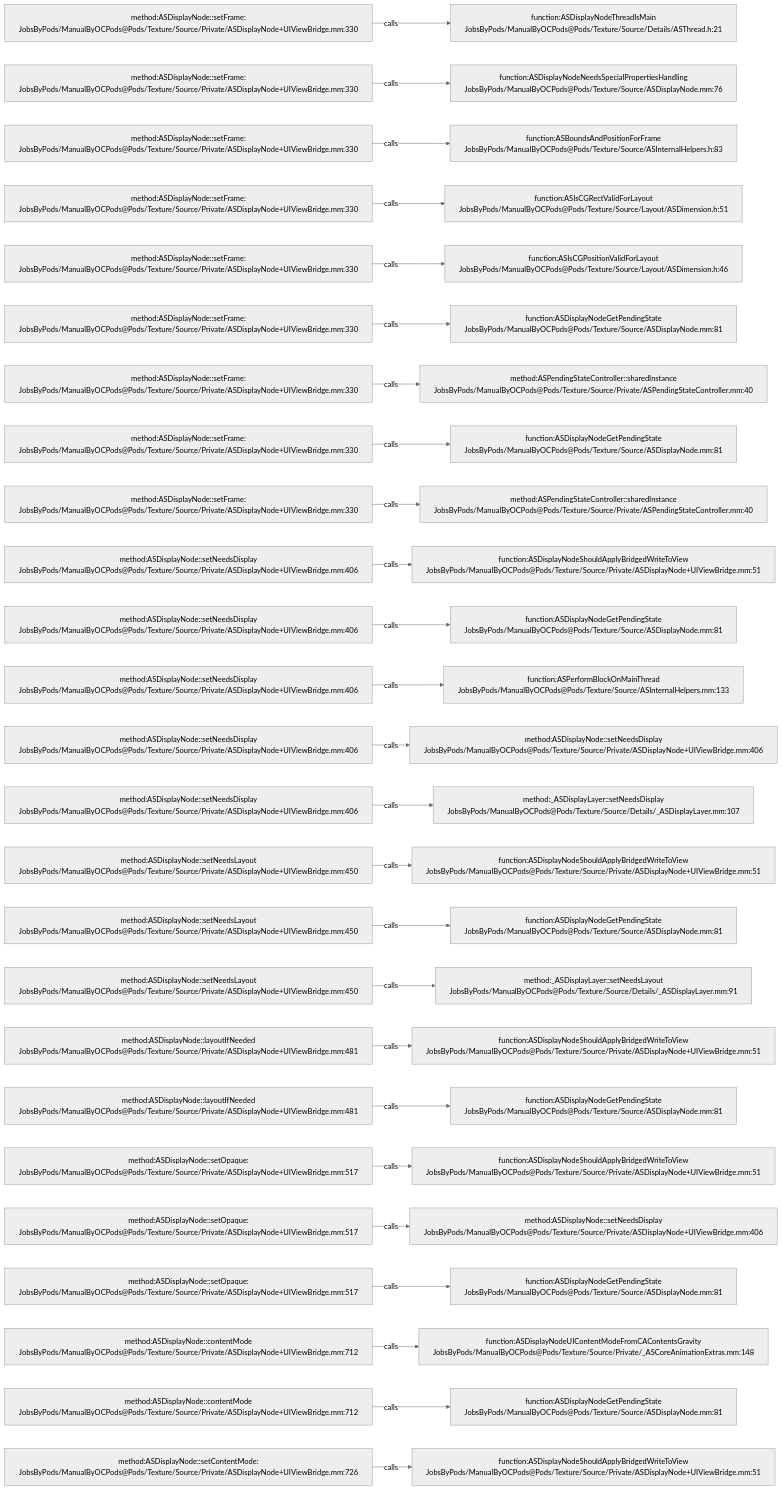
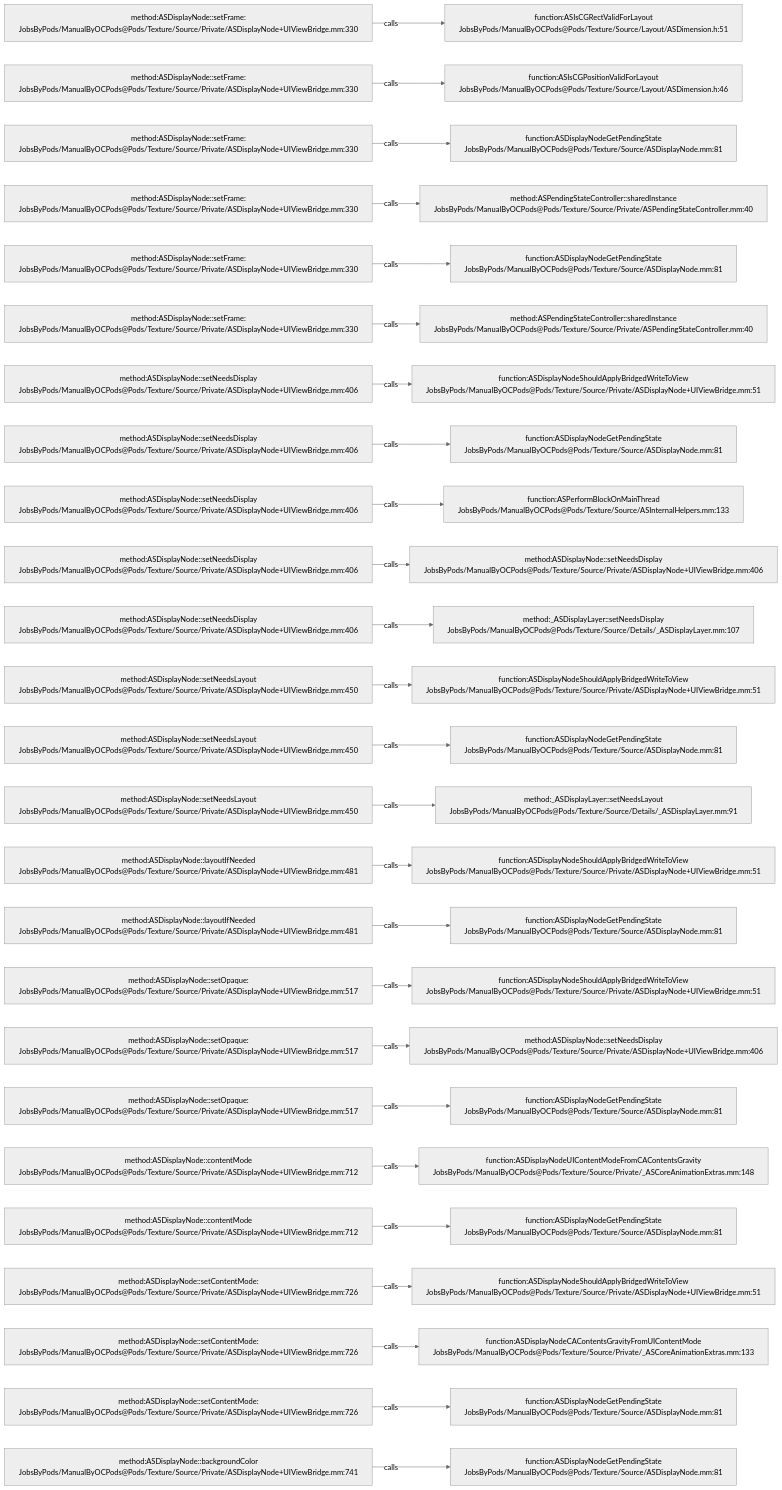
One commit to JobsKits/JobsOCBaseConfigDemo changed the diagram in .codegraph/codegraph.md/graphs/calls-190.md. Above: the diagram before and after it, drawn with Mermaid (neutral theme). The commit also changed 342 other files, not shown here.

````diff
--- a/.codegraph/codegraph.md/graphs/calls-190.md
+++ b/.codegraph/codegraph.md/graphs/calls-190.md
@@ -13,78 +13,78 @@
 ```mermaid
 flowchart LR
   S1["method:ASDisplayNode::setFrame:<br/>JobsByPods/ManualByOCPods@Pods/Texture/Source/Private/ASDisplayNode+UIViewBridge.mm:330"]
-  T1["function:ASDisplayNodeThreadIsMain<br/>JobsByPods/ManualByOCPods@Pods/Texture/Source/Details/ASThread.h:21"]
+  T1["function:ASIsCGRectValidForLayout<br/>JobsByPods/ManualByOCPods@Pods/Texture/Source/Layout/ASDimension.h:51"]
   S1 -->|calls| T1
   S2["method:ASDisplayNode::setFrame:<br/>JobsByPods/ManualByOCPods@Pods/Texture/Source/Private/ASDisplayNode+UIViewBridge.mm:330"]
-  T2["function:ASDisplayNodeNeedsSpecialPropertiesHandling<br/>JobsByPods/ManualByOCPods@Pods/Texture/Source/ASDisplayNode.mm:76"]
+  T2["function:ASIsCGPositionValidForLayout<br/>JobsByPods/ManualByOCPods@Pods/Texture/Source/Layout/ASDimension.h:46"]
   S2 -->|calls| T2
   S3["method:ASDisplayNode::setFrame:<br/>JobsByPods/ManualByOCPods@Pods/Texture/Source/Private/ASDisplayNode+UIViewBridge.mm:330"]
-  T3["function:ASBoundsAndPositionForFrame<br/>JobsByPods/ManualByOCPods@Pods/Texture/Source/ASInternalHelpers.h:83"]
+  T3["function:ASDisplayNodeGetPendingState<br/>JobsByPods/ManualByOCPods@Pods/Texture/Source/ASDisplayNode.mm:81"]
   S3 -->|calls| T3
   S4["method:ASDisplayNode::setFrame:<br/>JobsByPods/ManualByOCPods@Pods/Texture/Source/Private/ASDisplayNode+UIViewBridge.mm:330"]
-  T4["function:ASIsCGRectValidForLayout<br/>JobsByPods/ManualByOCPods@Pods/Texture/Source/Layout/ASDimension.h:51"]
+  T4["method:ASPendingStateController::sharedInstance<br/>JobsByPods/ManualByOCPods@Pods/Texture/Source/Private/ASPendingStateController.mm:40"]
   S4 -->|calls| T4
   S5["method:ASDisplayNode::setFrame:<br/>JobsByPods/ManualByOCPods@Pods/Texture/Source/Private/ASDisplayNode+UIViewBridge.mm:330"]
-  T5["function:ASIsCGPositionValidForLayout<br/>JobsByPods/ManualByOCPods@Pods/Texture/Source/Layout/ASDimension.h:46"]
+  T5["function:ASDisplayNodeGetPendingState<br/>JobsByPods/ManualByOCPods@Pods/Texture/Source/ASDisplayNode.mm:81"]
   S5 -->|calls| T5
   S6["method:ASDisplayNode::setFrame:<br/>JobsByPods/ManualByOCPods@Pods/Texture/Source/Private/ASDisplayNode+UIViewBridge.mm:330"]
-  T6["function:ASDisplayNodeGetPendingState<br/>JobsByPods/ManualByOCPods@Pods/Texture/Source/ASDisplayNode.mm:81"]
+  T6["method:ASPendingStateController::sharedInstance<br/>JobsByPods/ManualByOCPods@Pods/Texture/Source/Private/ASPendingStateController.mm:40"]
   S6 -->|calls| T6
-  S7["method:ASDisplayNode::setFrame:<br/>JobsByPods/ManualByOCPods@Pods/Texture/Source/Private/ASDisplayNode+UIViewBridge.mm:330"]
-  T7["method:ASPendingStateController::sharedInstance<br/>JobsByPods/ManualByOCPods@Pods/Texture/Source/Private/ASPendingStateController.mm:40"]
+  S7["method:ASDisplayNode::setNeedsDisplay<br/>JobsByPods/ManualByOCPods@Pods/Texture/Source/Private/ASDisplayNode+UIViewBridge.mm:406"]
+  T7["function:ASDisplayNodeShouldApplyBridgedWriteToView<br/>JobsByPods/ManualByOCPods@Pods/Texture/Source/Private/ASDisplayNode+UIViewBridge.mm:51"]
   S7 -->|calls| T7
-  S8["method:ASDisplayNode::setFrame:<br/>JobsByPods/ManualByOCPods@Pods/Texture/Source/Private/ASDisplayNode+UIViewBridge.mm:330"]
+  S8["method:ASDisplayNode::setNeedsDisplay<br/>JobsByPods/ManualByOCPods@Pods/Texture/Source/Private/ASDisplayNode+UIViewBridge.mm:406"]
   T8["function:ASDisplayNodeGetPendingState<br/>JobsByPods/ManualByOCPods@Pods/Texture/Source/ASDisplayNode.mm:81"]
   S8 -->|calls| T8
-  S9["method:ASDisplayNode::setFrame:<br/>JobsByPods/ManualByOCPods@Pods/Texture/Source/Private/ASDisplayNode+UIViewBridge.mm:330"]
-  T9["method:ASPendingStateController::sharedInstance<br/>JobsByPods/ManualByOCPods@Pods/Texture/Source/Private/ASPendingStateController.mm:40"]
+  S9["method:ASDisplayNode::setNeedsDisplay<br/>JobsByPods/ManualByOCPods@Pods/Texture/Source/Private/ASDisplayNode+UIViewBridge.mm:406"]
+  T9["function:ASPerformBlockOnMainThread<br/>JobsByPods/ManualByOCPods@Pods/Texture/Source/ASInternalHelpers.mm:133"]
   S9 -->|calls| T9
   S10["method:ASDisplayNode::setNeedsDisplay<br/>JobsByPods/ManualByOCPods@Pods/Texture/Source/Private/ASDisplayNode+UIViewBridge.mm:406"]
-  T10["function:ASDisplayNodeShouldApplyBridgedWriteToView<br/>JobsByPods/ManualByOCPods@Pods/Texture/Source/Private/ASDisplayNode+UIViewBridge.mm:51"]
+  T10["method:ASDisplayNode::setNeedsDisplay<br/>JobsByPods/ManualByOCPods@Pods/Texture/Source/Private/ASDisplayNode+UIViewBridge.mm:406"]
   S10 -->|calls| T10
   S11["method:ASDisplayNode::setNeedsDisplay<br/>JobsByPods/ManualByOCPods@Pods/Texture/Source/Private/ASDisplayNode+UIViewBridge.mm:406"]
-  T11["function:ASDisplayNodeGetPendingState<br/>JobsByPods/ManualByOCPods@Pods/Texture/Source/ASDisplayNode.mm:81"]
+  T11["method:_ASDisplayLayer::setNeedsDisplay<br/>JobsByPods/ManualByOCPods@Pods/Texture/Source/Details/_ASDisplayLayer.mm:107"]
   S11 -->|calls| T11
-  S12["method:ASDisplayNode::setNeedsDisplay<br/>JobsByPods/ManualByOCPods@Pods/Texture/Source/Private/ASDisplayNode+UIViewBridge.mm:406"]
-  T12["function:ASPerformBlockOnMainThread<br/>JobsByPods/ManualByOCPods@Pods/Texture/Source/ASInternalHelpers.mm:133"]
+  S12["method:ASDisplayNode::setNeedsLayout<br/>JobsByPods/ManualByOCPods@Pods/Texture/Source/Private/ASDisplayNode+UIViewBridge.mm:450"]
+  T12["function:ASDisplayNodeShouldApplyBridgedWriteToView<br/>JobsByPods/ManualByOCPods@Pods/Texture/Source/Private/ASDisplayNode+UIViewBridge.mm:51"]
   S12 -->|calls| T12
-  S13["method:ASDisplayNode::setNeedsDisplay<br/>JobsByPods/ManualByOCPods@Pods/Texture/Source/Private/ASDisplayNode+UIViewBridge.mm:406"]
-  T13["method:ASDisplayNode::setNeedsDisplay<br/>JobsByPods/ManualByOCPods@Pods/Texture/Source/Private/ASDisplayNode+UIViewBridge.mm:406"]
+  S13["method:ASDisplayNode::setNeedsLayout<br/>JobsByPods/ManualByOCPods@Pods/Texture/Source/Private/ASDisplayNode+UIViewBridge.mm:450"]
+  T13["function:ASDisplayNodeGetPendingState<br/>JobsByPods/ManualByOCPods@Pods/Texture/Source/ASDisplayNode.mm:81"]
   S13 -->|calls| T13
-  S14["method:ASDisplayNode::setNeedsDisplay<br/>JobsByPods/ManualByOCPods@Pods/Texture/Source/Private/ASDisplayNode+UIViewBridge.mm:406"]
-  T14["method:_ASDisplayLayer::setNeedsDisplay<br/>JobsByPods/ManualByOCPods@Pods/Texture/Source/Details/_ASDisplayLayer.mm:107"]
+  S14["method:ASDisplayNode::setNeedsLayout<br/>JobsByPods/ManualByOCPods@Pods/Texture/Source/Private/ASDisplayNode+UIViewBridge.mm:450"]
+  T14["method:_ASDisplayLayer::setNeedsLayout<br/>JobsByPods/ManualByOCPods@Pods/Texture/Source/Details/_ASDisplayLayer.mm:91"]
   S14 -->|calls| T14
-  S15["method:ASDisplayNode::setNeedsLayout<br/>JobsByPods/ManualByOCPods@Pods/Texture/Source/Private/ASDisplayNode+UIViewBridge.mm:450"]
+  S15["method:ASDisplayNode::layoutIfNeeded<br/>JobsByPods/ManualByOCPods@Pods/Texture/Source/Private/ASDisplayNode+UIViewBridge.mm:481"]
   T15["function:ASDisplayNodeShouldApplyBridgedWriteToView<br/>JobsByPods/ManualByOCPods@Pods/Texture/Source/Private/ASDisplayNode+UIViewBridge.mm:51"]
   S15 -->|calls| T15
-  S16["method:ASDisplayNode::setNeedsLayout<br/>JobsByPods/ManualByOCPods@Pods/Texture/Source/Private/ASDisplayNode+UIViewBridge.mm:450"]
+  S16["method:ASDisplayNode::layoutIfNeeded<br/>JobsByPods/ManualByOCPods@Pods/Texture/Source/Private/ASDisplayNode+UIViewBridge.mm:481"]
   T16["function:ASDisplayNodeGetPendingState<br/>JobsByPods/ManualByOCPods@Pods/Texture/Source/ASDisplayNode.mm:81"]
   S16 -->|calls| T16
-  S17["method:ASDisplayNode::setNeedsLayout<br/>JobsByPods/ManualByOCPods@Pods/Texture/Source/Private/ASDisplayNode+UIViewBridge.mm:450"]
-  T17["method:_ASDisplayLayer::setNeedsLayout<br/>JobsByPods/ManualByOCPods@Pods/Texture/Source/Details/_ASDisplayLayer.mm:91"]
+  S17["method:ASDisplayNode::setOpaque:<br/>JobsByPods/ManualByOCPods@Pods/Texture/Source/Private/ASDisplayNode+UIViewBridge.mm:517"]
+  T17["function:ASDisplayNodeShouldApplyBridgedWriteToView<br/>JobsByPods/ManualByOCPods@Pods/Texture/Source/Private/ASDisplayNode+UIViewBridge.mm:51"]
   S17 -->|calls| T17
-  S18["method:ASDisplayNode::layoutIfNeeded<br/>JobsByPods/ManualByOCPods@Pods/Texture/Source/Private/ASDisplayNode+UIViewBridge.mm:481"]
-  T18["function:ASDisplayNodeShouldApplyBridgedWriteToView<br/>JobsByPods/ManualByOCPods@Pods/Texture/Source/Private/ASDisplayNode+UIViewBridge.mm:51"]
+  S18["method:ASDisplayNode::setOpaque:<br/>JobsByPods/ManualByOCPods@Pods/Texture/Source/Private/ASDisplayNode+UIViewBridge.mm:517"]
+  T18["method:ASDisplayNode::setNeedsDisplay<br/>JobsByPods/ManualByOCPods@Pods/Texture/Source/Private/ASDisplayNode+UIViewBridge.mm:406"]
   S18 -->|calls| T18
-  S19["method:ASDisplayNode::layoutIfNeeded<br/>JobsByPods/ManualByOCPods@Pods/Texture/Source/Private/ASDisplayNode+UIViewBridge.mm:481"]
+  S19["method:ASDisplayNode::setOpaque:<br/>JobsByPods/ManualByOCPods@Pods/Texture/Source/Private/ASDisplayNode+UIViewBridge.mm:517"]
   T19["function:ASDisplayNodeGetPendingState<br/>JobsByPods/ManualByOCPods@Pods/Texture/Source/ASDisplayNode.mm:81"]
   S19 -->|calls| T19
-  S20["method:ASDisplayNode::setOpaque:<br/>JobsByPods/ManualByOCPods@Pods/Texture/Source/Private/ASDisplayNode+UIViewBridge.mm:517"]
-  T20["function:ASDisplayNodeShouldApplyBridgedWriteToView<br/>JobsByPods/ManualByOCPods@Pods/Texture/Source/Private/ASDisplayNode+UIViewBridge.mm:51"]
+  S20["method:ASDisplayNode::contentMode<br/>JobsByPods/ManualByOCPods@Pods/Texture/Source/Private/ASDisplayNode+UIViewBridge.mm:712"]
+  T20["function:ASDisplayNodeUIContentModeFromCAContentsGravity<br/>JobsByPods/ManualByOCPods@Pods/Texture/Source/Private/_ASCoreAnimationExtras.mm:148"]
   S20 -->|calls| T20
-  S21["method:ASDisplayNode::setOpaque:<br/>JobsByPods/ManualByOCPods@Pods/Texture/Source/Private/ASDisplayNode+UIViewBridge.mm:517"]
-  T21["method:ASDisplayNode::setNeedsDisplay<br/>JobsByPods/ManualByOCPods@Pods/Texture/Source/Private/ASDisplayNode+UIViewBridge.mm:406"]
+  S21["method:ASDisplayNode::contentMode<br/>JobsByPods/ManualByOCPods@Pods/Texture/Source/Private/ASDisplayNode+UIViewBridge.mm:712"]
+  T21["function:ASDisplayNodeGetPendingState<br/>JobsByPods/ManualByOCPods@Pods/Texture/Source/ASDisplayNode.mm:81"]
   S21 -->|calls| T21
-  S22["method:ASDisplayNode::setOpaque:<br/>JobsByPods/ManualByOCPods@Pods/Texture/Source/Private/ASDisplayNode+UIViewBridge.mm:517"]
-  T22["function:ASDisplayNodeGetPendingState<br/>JobsByPods/ManualByOCPods@Pods/Texture/Source/ASDisplayNode.mm:81"]
+  S22["method:ASDisplayNode::setContentMode:<br/>JobsByPods/ManualByOCPods@Pods/Texture/Source/Private/ASDisplayNode+UIViewBridge.mm:726"]
+  T22["function:ASDisplayNodeShouldApplyBridgedWriteToView<br/>JobsByPods/ManualByOCPods@Pods/Texture/Source/Private/ASDisplayNode+UIViewBridge.mm:51"]
   S22 -->|calls| T22
-  S23["method:ASDisplayNode::contentMode<br/>JobsByPods/ManualByOCPods@Pods/Texture/Source/Private/ASDisplayNode+UIViewBridge.mm:712"]
-  T23["function:ASDisplayNodeUIContentModeFromCAContentsGravity<br/>JobsByPods/ManualByOCPods@Pods/Texture/Source/Private/_ASCoreAnimationExtras.mm:148"]
+  S23["method:ASDisplayNode::setContentMode:<br/>JobsByPods/ManualByOCPods@Pods/Texture/Source/Private/ASDisplayNode+UIViewBridge.mm:726"]
+  T23["function:ASDisplayNodeCAContentsGravityFromUIContentMode<br/>JobsByPods/ManualByOCPods@Pods/Texture/Source/Private/_ASCoreAnimationExtras.mm:133"]
   S23 -->|calls| T23
-  S24["method:ASDisplayNode::contentMode<br/>JobsByPods/ManualByOCPods@Pods/Texture/Source/Private/ASDisplayNode+UIViewBridge.mm:712"]
+  S24["method:ASDisplayNode::setContentMode:<br/>JobsByPods/ManualByOCPods@Pods/Texture/Source/Private/ASDisplayNode+UIViewBridge.mm:726"]
   T24["function:ASDisplayNodeGetPendingState<br/>JobsByPods/ManualByOCPods@Pods/Texture/Source/ASDisplayNode.mm:81"]
   S24 -->|calls| T24
-  S25["method:ASDisplayNode::setContentMode:<br/>JobsByPods/ManualByOCPods@Pods/Texture/Source/Private/ASDisplayNode+UIViewBridge.mm:726"]
-  T25["function:ASDisplayNodeShouldApplyBridgedWriteToView<br/>JobsByPods/ManualByOCPods@Pods/Texture/Source/Private/ASDisplayNode+UIViewBridge.mm:51"]
+  S25["method:ASDisplayNode::backgroundColor<br/>JobsByPods/ManualByOCPods@Pods/Texture/Source/Private/ASDisplayNode+UIViewBridge.mm:741"]
+  T25["function:ASDisplayNodeGetPendingState<br/>JobsByPods/ManualByOCPods@Pods/Texture/Source/ASDisplayNode.mm:81"]
   S25 -->|calls| T25
 ```
````
